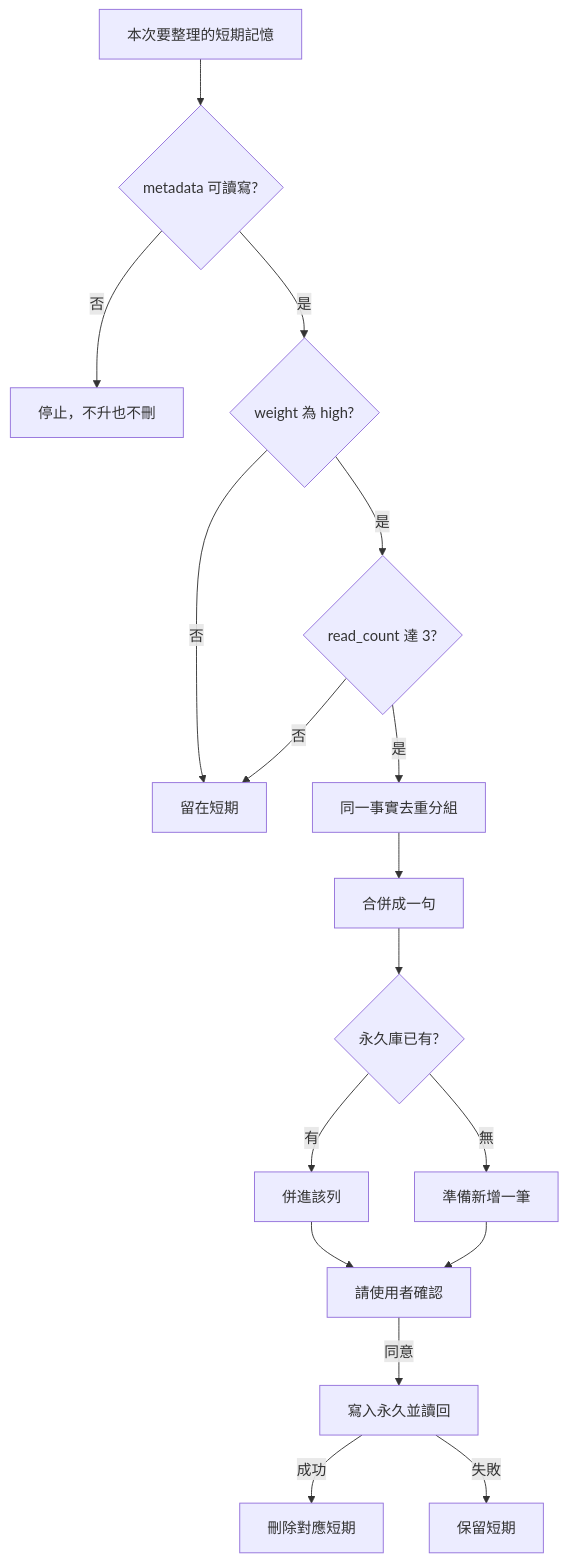
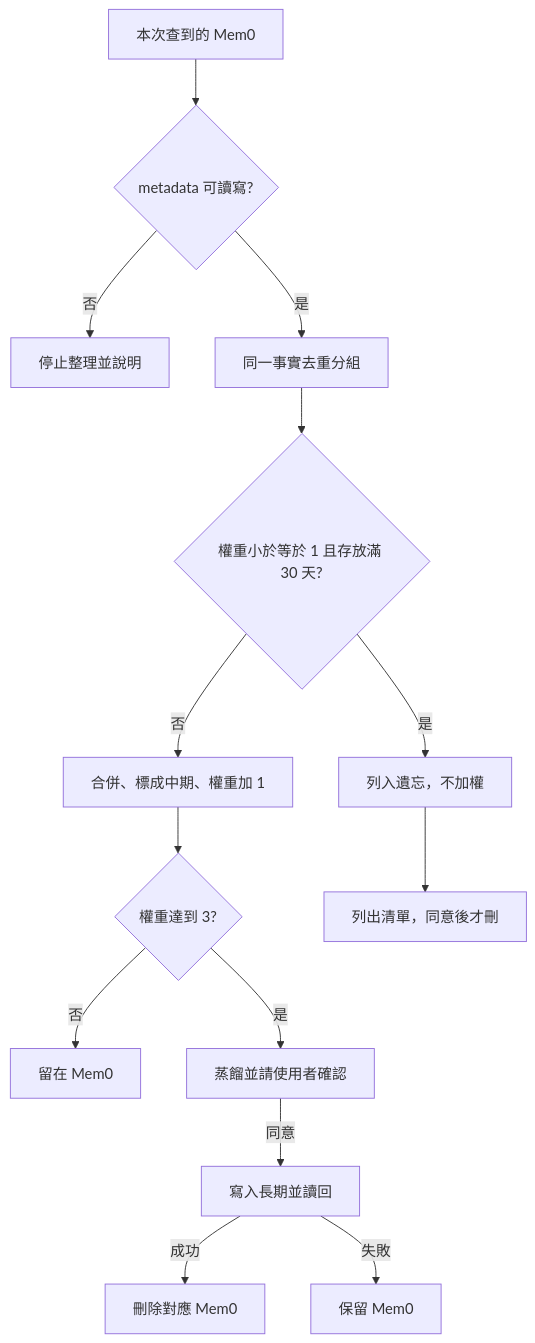
The diagram in .cursor/skills/my-memory-consolidate/SKILL.md (VECTOR-COOL/my-agent-toolkit), drawn with Mermaid before and after one commit. The commit also changed other lines of this file and 13 other files, not shown here.

````diff
--- a/.cursor/skills/my-memory-consolidate/SKILL.md
+++ b/.cursor/skills/my-memory-consolidate/SKILL.md
@@ -10,19 +10,16 @@
 ```mermaid
 graph TD
-  Hit[本次要整理的短期記憶] --> Meta{metadata 可讀寫?}
-  Meta -->|否| Stop[停止，不升也不刪]
-  Meta -->|是| W{weight 為 high?}
-  W -->|否| Stay[留在短期]
-  W -->|是| C{read_count 達 3?}
-  C -->|否| Stay
-  C -->|是| Dedup[同一事實去重分組]
-  Dedup --> Merge[合併成一句]
-  Merge --> Exist{永久庫已有?}
-  Exist -->|有| Into[併進該列]
-  Exist -->|無| Ready[準備新增一筆]
-  Into --> Ask[請使用者確認]
-  Ready --> Ask
-  Ask -->|同意| Perm[寫入永久並讀回]
-  Perm -->|成功| Del[刪除對應短期]
-  Perm -->|失敗| Keep[保留短期]
+  Hit[本次查到的 Mem0] --> Meta{metadata 可讀寫?}
+  Meta -->|否| Stop[停止整理並說明]
+  Meta -->|是| Group[同一事實去重分組]
+  Group --> Old{權重小於等於 1 且存放滿 30 天?}
+  Old -->|是| Forget[列入遺忘，不加權]
+  Old -->|否| Mid[合併、標成中期、權重加 1]
+  Mid --> High{權重達到 3?}
+  High -->|否| Stay[留在 Mem0]
+  High -->|是| Ask[蒸餾並請使用者確認]
+  Ask -->|同意| Perm[寫入長期並讀回]
+  Perm -->|成功| Del[刪除對應 Mem0]
+  Perm -->|失敗| Keep[保留 Mem0]
+  Forget --> Wait[列出清單，同意後才刪]
 ```
````
